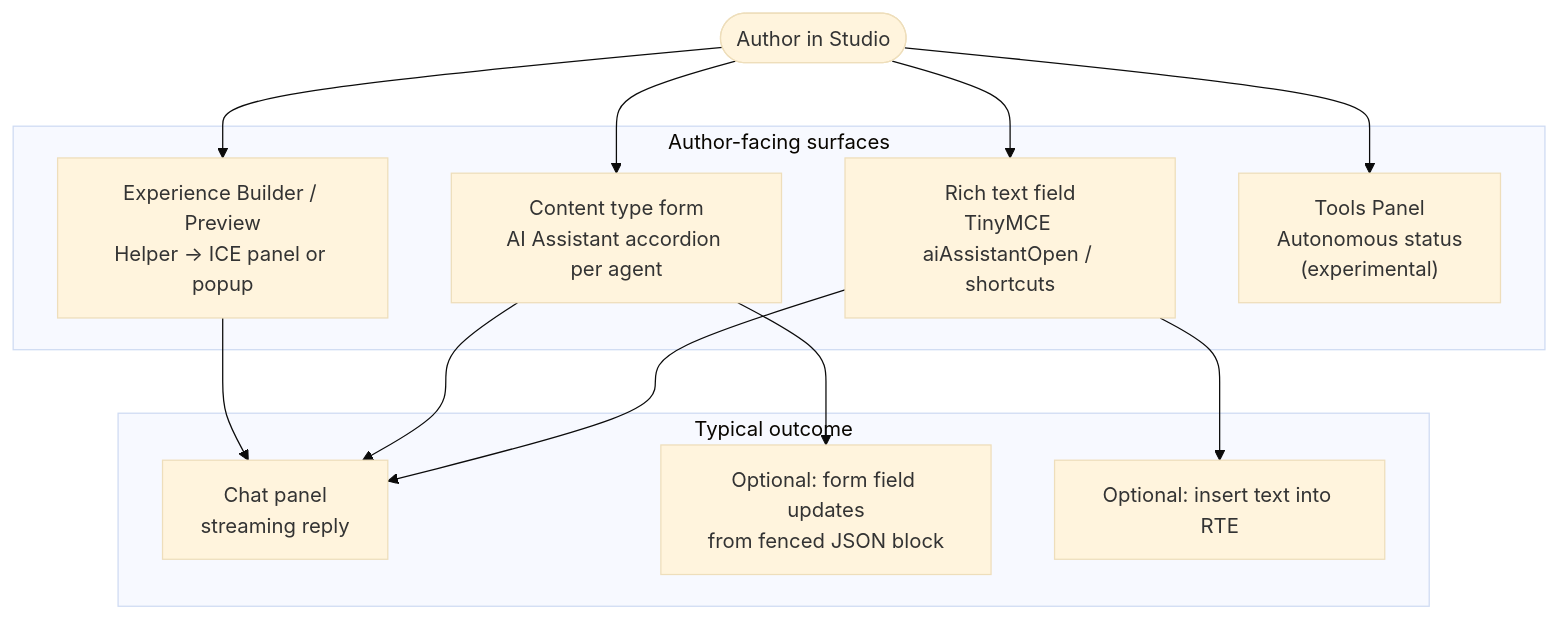
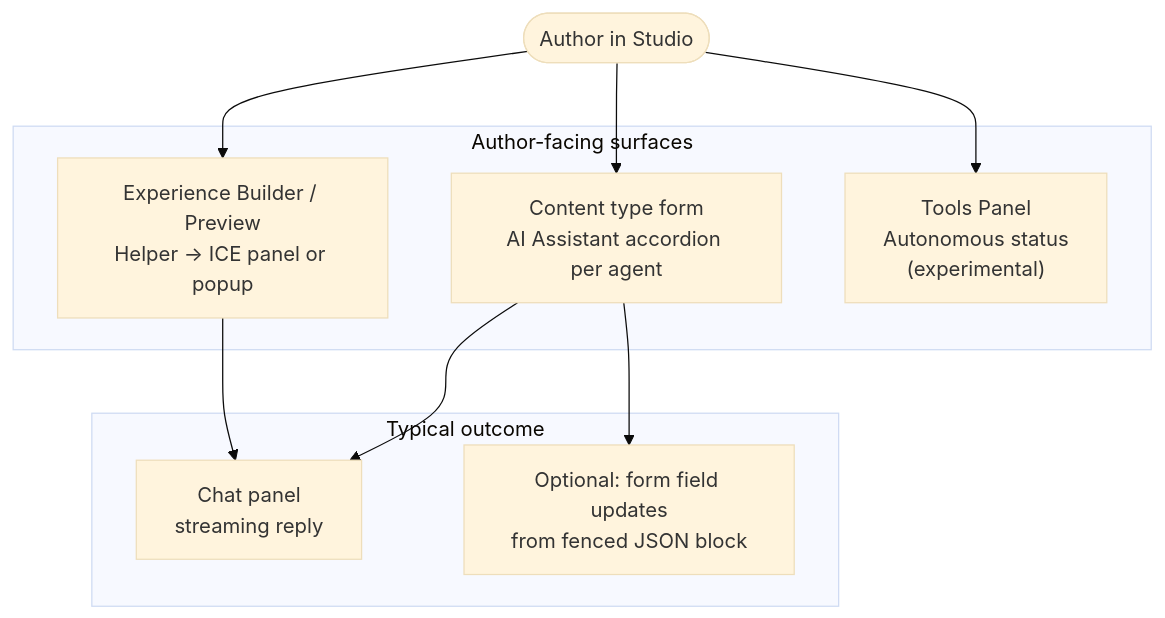
Before and after one commit to craftercms/ai-assistant-plugin: the sixth of 13 diagrams in docs/architecture-diagrams.md, drawn with Mermaid (base theme). The commit also changed other lines of this file and 20 other files, not shown here.

First line of the commit message:
Remove TinyMCE plugin integration from the Studio bundle.

````diff
--- a/docs/architecture-diagrams.md
+++ b/docs/architecture-diagrams.md
@@ -261,27 +256,22 @@
 ```mermaid
 flowchart TB
   Author([Author in Studio])
 
   subgraph surfaces["Author-facing surfaces"]
     Preview["Experience Builder / Preview\nHelper → ICE panel or popup"]
     Form["Content type form\nAI Assistant accordion per agent"]
-    RTE["Rich text field\nTinyMCE aiAssistantOpen / shortcuts"]
     Auto["Tools Panel\nAutonomous status\n(experimental)"]
   end
 
   subgraph outcome["Typical outcome"]
     ChatUI["Chat panel\nstreaming reply"]
     FormUpdate["Optional: form field updates\nfrom fenced JSON block"]
-    RTEInsert["Optional: insert text into RTE"]
   end
 
   Author --> Preview
   Author --> Form
-  Author --> RTE
   Author --> Auto
   Preview --> ChatUI
   Form --> ChatUI
   Form --> FormUpdate
-  RTE --> ChatUI
-  RTE --> RTEInsert
 ```
````
